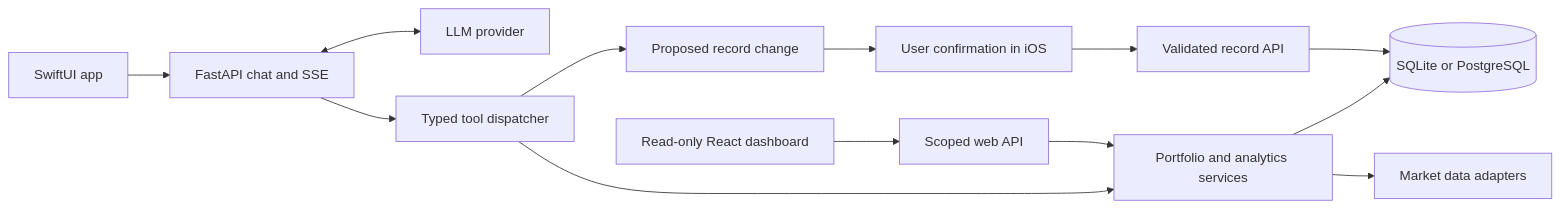
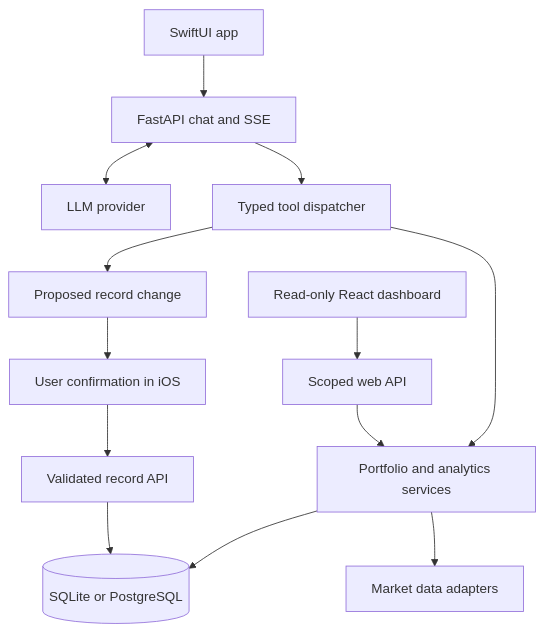
One commit to jimmy19981226/stock-tracker changed the diagram in README.md. Above: the diagram before and after it, drawn with Mermaid. The commit also changed other lines of this file, not shown here.

````diff
--- a/README.md
+++ b/README.md
@@ -42,15 +42,15 @@
 ```mermaid
-flowchart LR
+flowchart TB
     I[SwiftUI app] --> A[FastAPI chat and SSE]
     W[Read-only React dashboard] --> R[Scoped web API]
     A <--> L[LLM provider]
     A --> T[Typed tool dispatcher]
     T --> P[Portfolio and analytics services]
     R --> P
     P --> D[(SQLite or PostgreSQL)]
     P --> M[Market data adapters]
     T --> C[Proposed record change]
     C --> U[User confirmation in iOS]
     U --> V[Validated record API]
     V --> D
 ```
````
